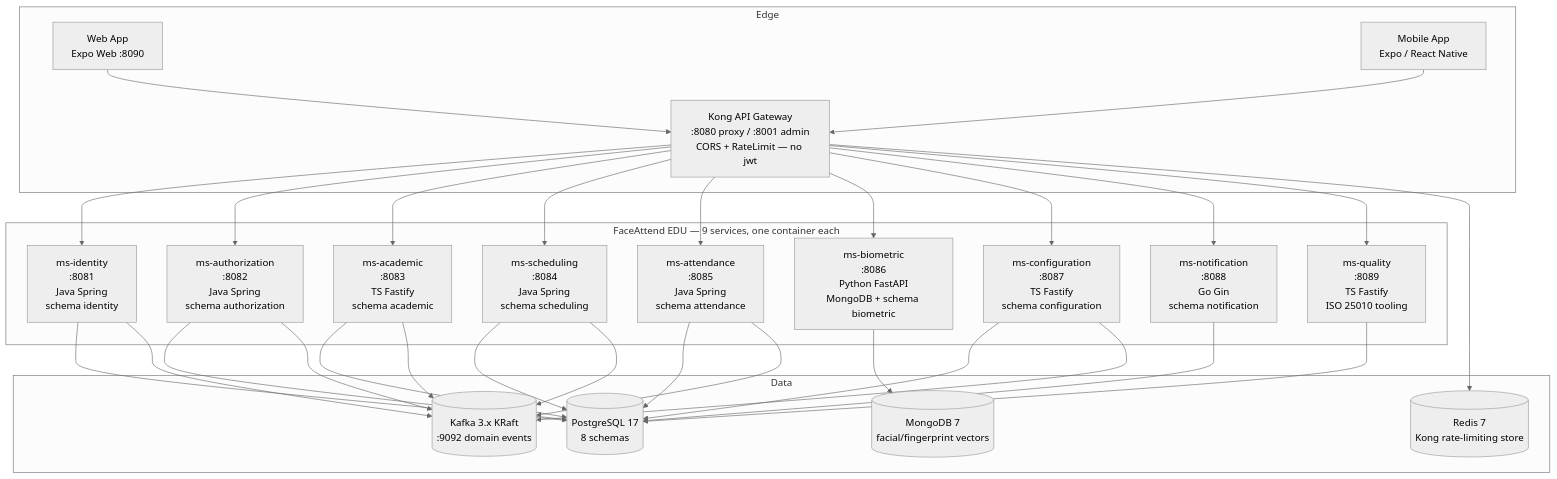
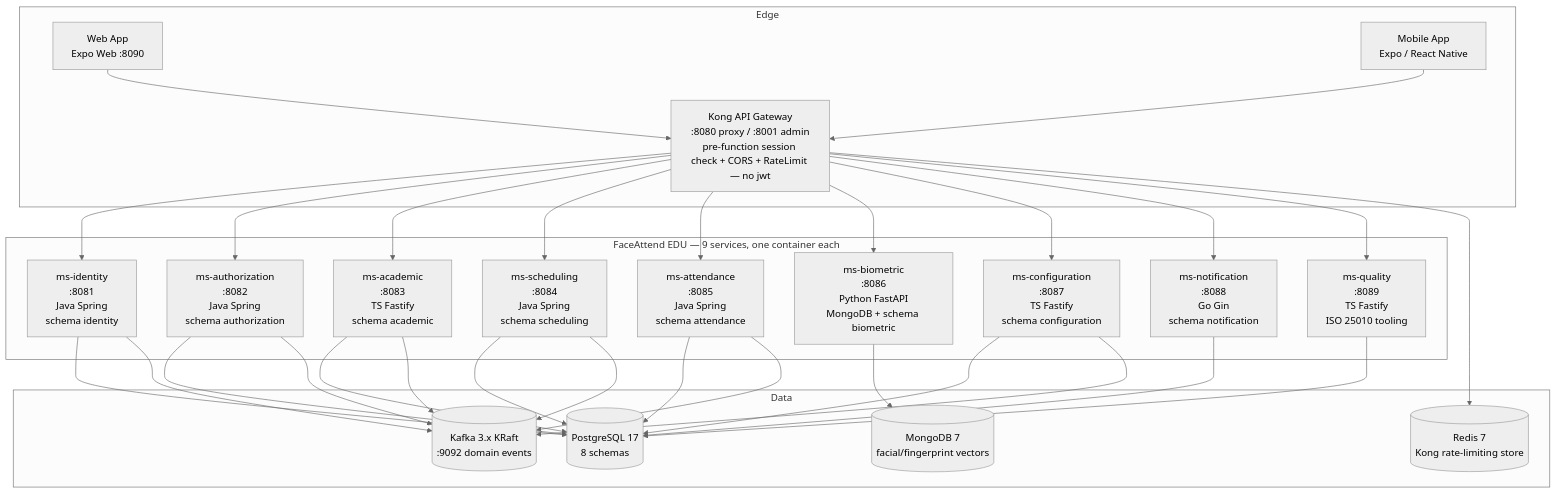
Before and after one commit to code-sena/fae-docs: the second of 2 diagrams in 05-architecture/overview.md, drawn with Mermaid (neutral theme). The commit also changed other lines of this file and 24 other files, not shown here.

````diff
--- a/05-architecture/overview.md
+++ b/05-architecture/overview.md
@@ -57,52 +57,52 @@
 ```mermaid
 graph TB
   subgraph Edge
-    GW[Kong API Gateway<br/>:8080 proxy / :8001 admin<br/>CORS + RateLimit — no jwt]
+    GW[Kong API Gateway<br/>:8080 proxy / :8001 admin<br/>pre-function session check + CORS + RateLimit — no jwt]
     WEB[Web App<br/>Expo Web :8090]
     MOB[Mobile App<br/>Expo / React Native]
   end
   subgraph Services [FaceAttend EDU — 9 services, one container each]
     ID[ms-identity<br/>:8081<br/>Java Spring<br/>schema identity]
     AZ[ms-authorization<br/>:8082<br/>Java Spring<br/>schema authorization]
     AC[ms-academic<br/>:8083<br/>TS Fastify<br/>schema academic]
     SC[ms-scheduling<br/>:8084<br/>Java Spring<br/>schema scheduling]
     AT[ms-attendance<br/>:8085<br/>Java Spring<br/>schema attendance]
     BM[ms-biometric<br/>:8086<br/>Python FastAPI<br/>MongoDB + schema biometric]
     CF[ms-configuration<br/>:8087<br/>TS Fastify<br/>schema configuration]
     NT[ms-notification<br/>:8088<br/>Go Gin<br/>schema notification]
     QL[ms-quality<br/>:8089<br/>TS Fastify<br/>ISO 25010 tooling]
   end
   subgraph Data
     PG[(PostgreSQL 17<br/>8 schemas)]
     MG[(MongoDB 7<br/>facial/fingerprint vectors)]
     RD[(Redis 7<br/>Kong rate-limiting store)]
     KA[(Kafka 3.x KRaft<br/>:9092 domain events)]
   end
   WEB --> GW
   MOB --> GW
   GW --> ID
   GW --> AZ
   GW --> AC
   GW --> SC
   GW --> AT
   GW --> BM
   GW --> CF
   GW --> NT
   GW --> QL
   ID --> PG
   AZ --> PG
   AC --> PG
   SC --> PG
   AT --> PG
   NT --> PG
   CF --> PG
   QL --> PG
   BM --> MG
   GW --> RD
   ID --> KA
   AZ --> KA
   AC --> KA
   SC --> KA
   AT --> KA
   CF --> KA
 ```
````
